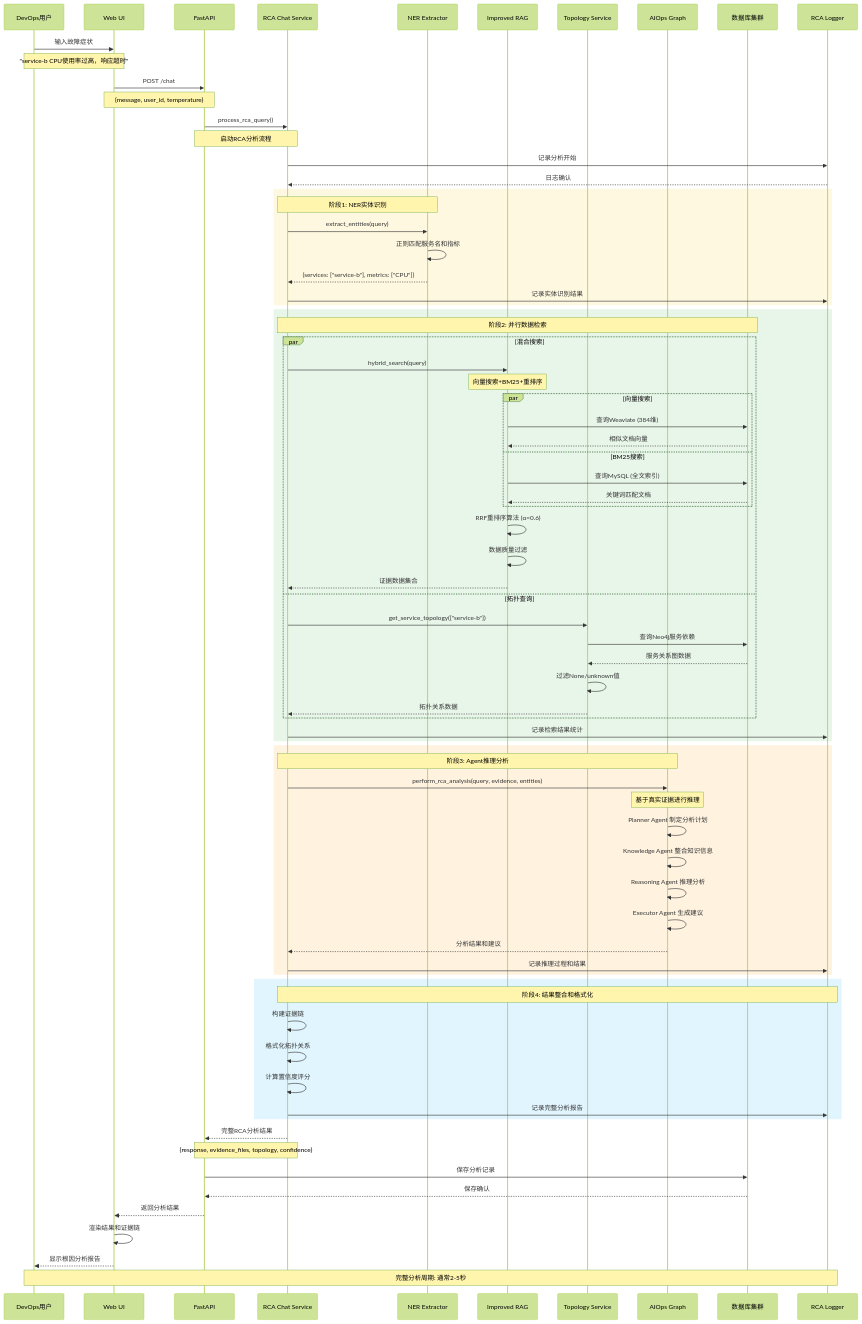
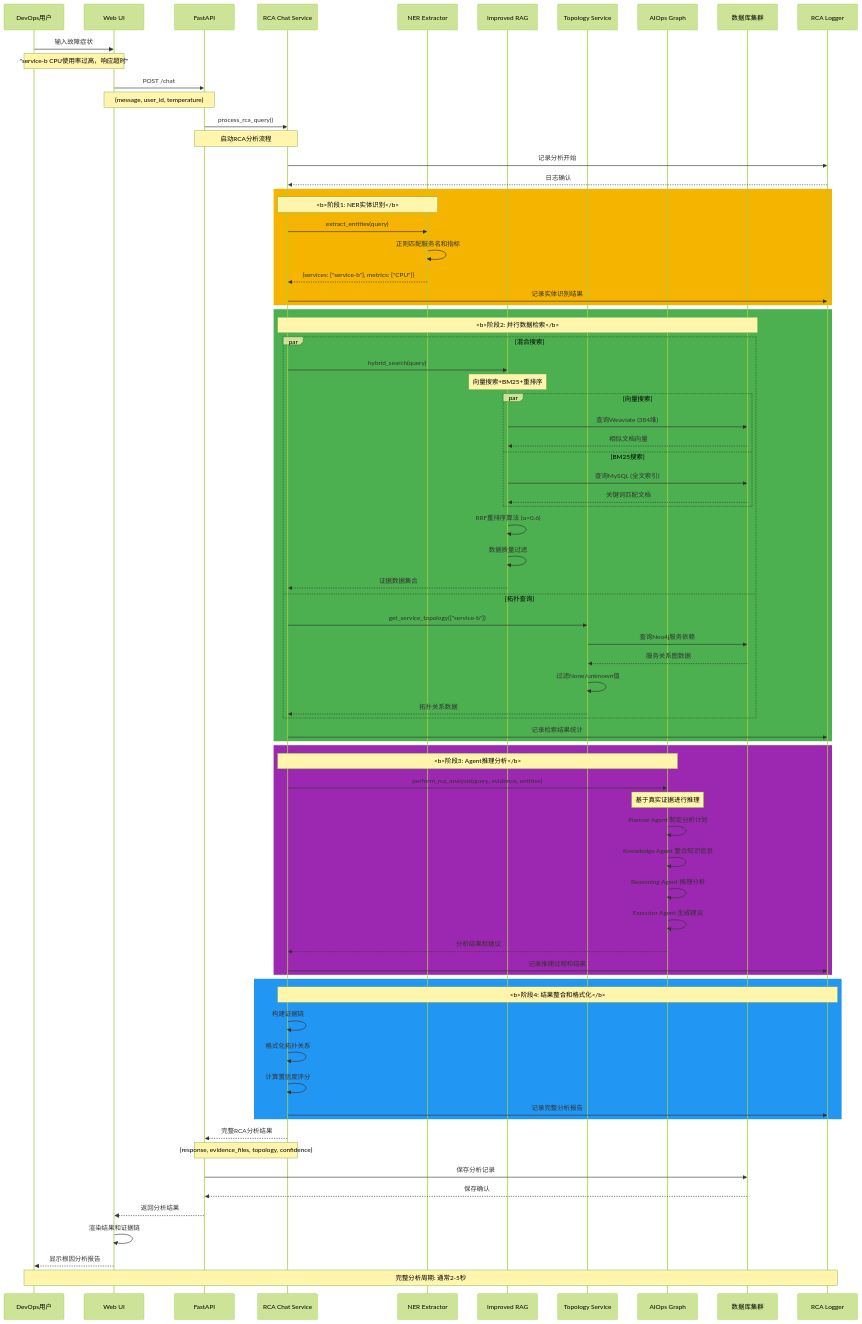
One commit to pkusnail/AIOpsPolaris changed the second of 2 diagrams in docs/rca_architecture_flow.md. Above: the diagram before and after it, drawn with Mermaid (forest theme). The commit also changed other lines of this file and 1 other file, not shown here.

Commit message:
fix(docs): improve mermaid diagram rendering and visual clarity
- Fix Mermaid syntax errors in RCA architecture flow diagram by properly quoting endpoint paths
- Replace ASCII art system architecture with professional Mermaid diagram for better alignment
- Enhance sequence diagram colors with high-contrast backgrounds and bold text for better readability
- Update color scheme: orange for NER, green for search, purple for reasoning, blue for integration
- Improve overall documentation visual consistency and mobile responsiveness

🤖 Generated with [Claude Code](https://claude.ai/code)

```diff
--- a/docs/rca_architecture_flow.md
+++ b/docs/rca_architecture_flow.md
@@ -192,8 +192,8 @@
     Logger-->>RCA: 日志确认
     
     %% 第一阶段: NER实体识别
-    rect rgb(255, 248, 225)
-        Note over RCA,NER: 阶段1: NER实体识别
+    rect rgb(245, 180, 0)
+        Note over RCA,NER: <b>阶段1: NER实体识别</b>
         RCA->>NER: extract_entities(query)
         NER->>NER: 正则匹配服务名和指标
         NER-->>RCA: {services: ["service-b"], metrics: ["CPU"]}
@@ -201,8 +201,8 @@
     end
     
     %% 第二阶段: 并行数据检索
-    rect rgb(232, 245, 233)
-        Note over RCA,DB: 阶段2: 并行数据检索
+    rect rgb(76, 175, 80)
+        Note over RCA,DB: <b>阶段2: 并行数据检索</b>
         
         par 混合搜索
             RCA->>RAG: hybrid_search(query)
@@ -232,8 +232,8 @@
     end
     
     %% 第三阶段: Agent推理分析
-    rect rgb(255, 243, 224)
-        Note over RCA,Graph: 阶段3: Agent推理分析
+    rect rgb(156, 39, 176)
+        Note over RCA,Graph: <b>阶段3: Agent推理分析</b>
         RCA->>Graph: perform_rca_analysis(query, evidence, entities)
         Note over Graph: 基于真实证据进行推理
         
@@ -247,8 +247,8 @@
     end
     
     %% 第四阶段: 结果整合
-    rect rgb(225, 245, 254)
-        Note over RCA,Logger: 阶段4: 结果整合和格式化
+    rect rgb(33, 150, 243)
+        Note over RCA,Logger: <b>阶段4: 结果整合和格式化</b>
         RCA->>RCA: 构建证据链
         RCA->>RCA: 格式化拓扑关系
         RCA->>RCA: 计算置信度评分
```
